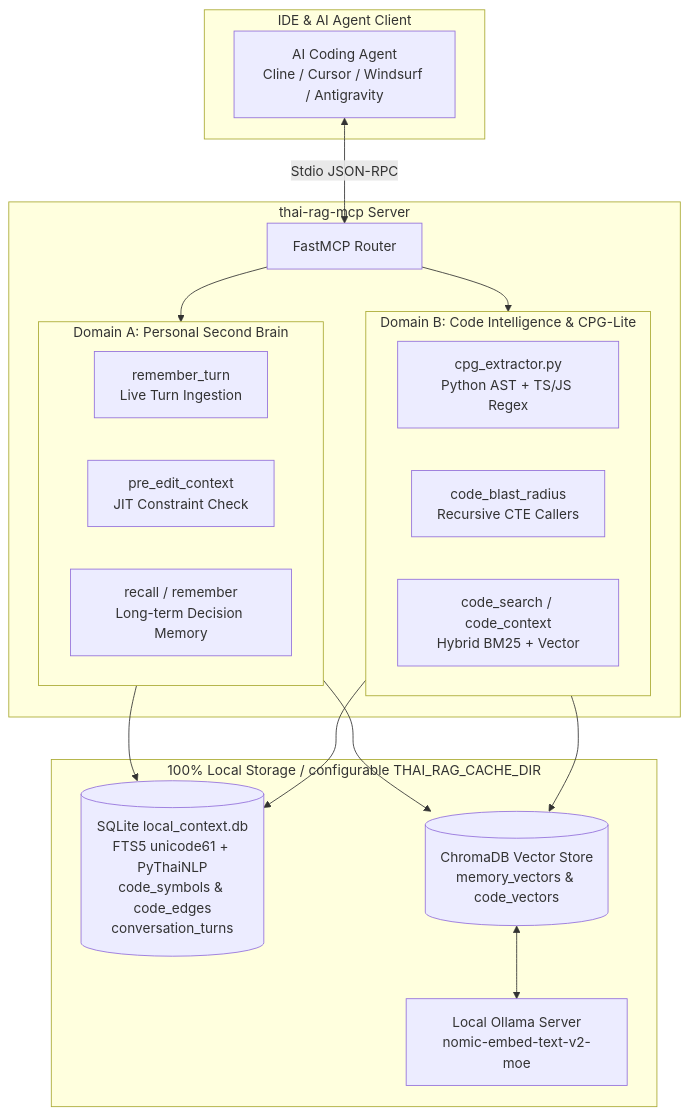
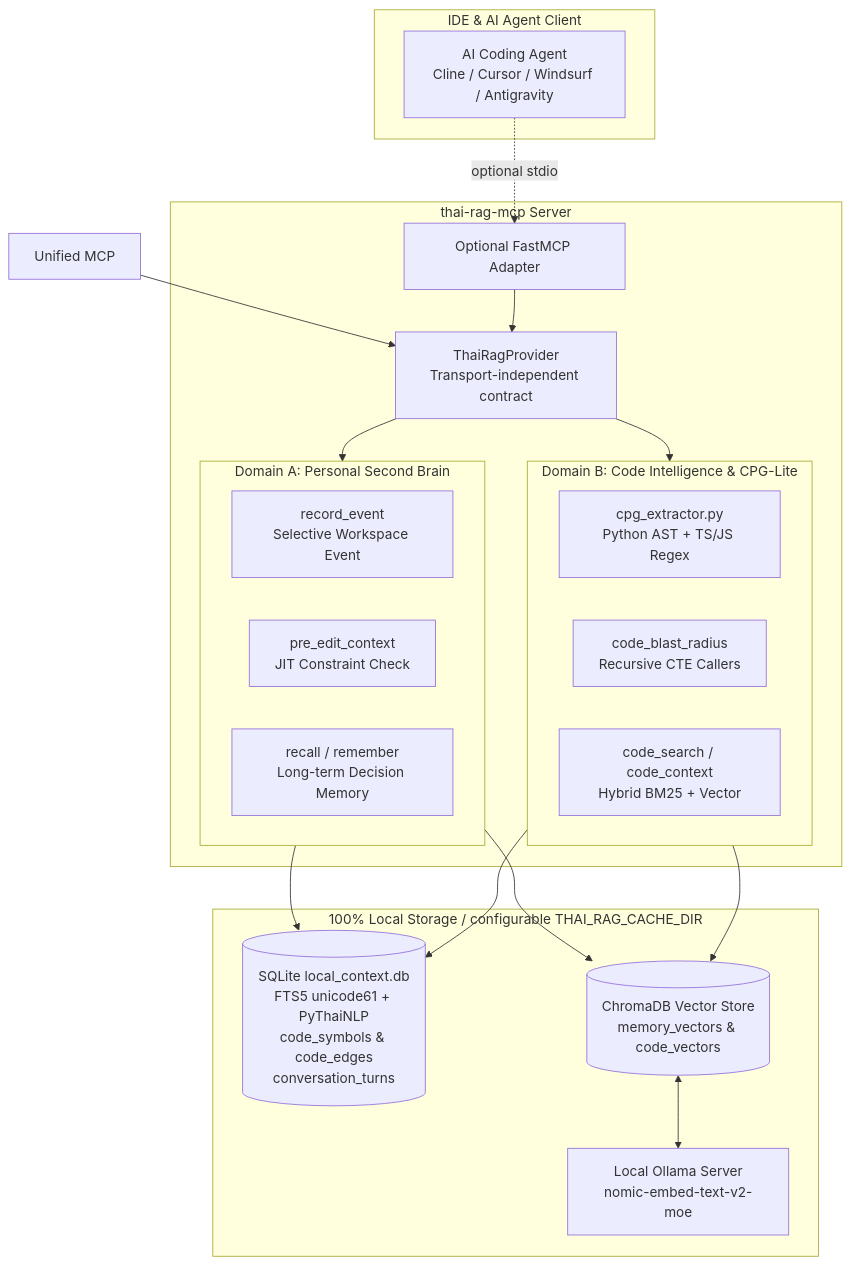
The diagram in README.md (soulzerox/Unified-MPC-Server), drawn with Mermaid before and after one commit. The commit also changed other lines of this file and 4 other files, not shown here.

Commit message:
feat: add transport-independent provider contract

````diff
--- a/README.md
+++ b/README.md
@@ -37,38 +48,41 @@
 ```mermaid
 flowchart TD
     subgraph IDE_Agent [IDE & AI Agent Client]
         Agent[AI Coding Agent\nCline / Cursor / Windsurf / Antigravity]
     end
 
     subgraph MCP_Server [thai-rag-mcp Server]
-        Router[FastMCP Router]
+        Provider[ThaiRagProvider\nTransport-independent contract]
+        Router[Optional FastMCP Adapter]
         
         subgraph Domain_A [Domain A: Personal Second Brain]
-            TurnMem[remember_turn\nLive Turn Ingestion]
+            EventMem[record_event\nSelective Workspace Event]
             PreEdit[pre_edit_context\nJIT Constraint Check]
             RecallMem[recall / remember\nLong-term Decision Memory]
         end
 
         subgraph Domain_B [Domain B: Code Intelligence & CPG-Lite]
             CPG[cpg_extractor.py\nPython AST + TS/JS Regex]
             BlastRad[code_blast_radius\nRecursive CTE Callers]
             CodeSrch[code_search / code_context\nHybrid BM25 + Vector]
         end
     end
 
     subgraph Storage_Layer [100% Local Storage / configurable THAI_RAG_CACHE_DIR]
         SQLite[(SQLite local_context.db\nFTS5 unicode61 + PyThaiNLP\ncode_symbols & code_edges\nconversation_turns)]
         Chroma[(ChromaDB Vector Store\nmemory_vectors & code_vectors)]
         Ollama[Local Ollama Server\nnomic-embed-text-v2-moe]
     end
 
-    Agent <-->|Stdio JSON-RPC| Router
-    Router --> Domain_A
-    Router --> Domain_B
+    Unified[Unified MCP] --> Provider
+    Agent -. optional stdio .-> Router
+    Router --> Provider
+    Provider --> Domain_A
+    Provider --> Domain_B
 
     Domain_A --> SQLite
     Domain_A --> Chroma
     Domain_B --> SQLite
     Domain_B --> Chroma
     Chroma <--> Ollama
 ```
````
